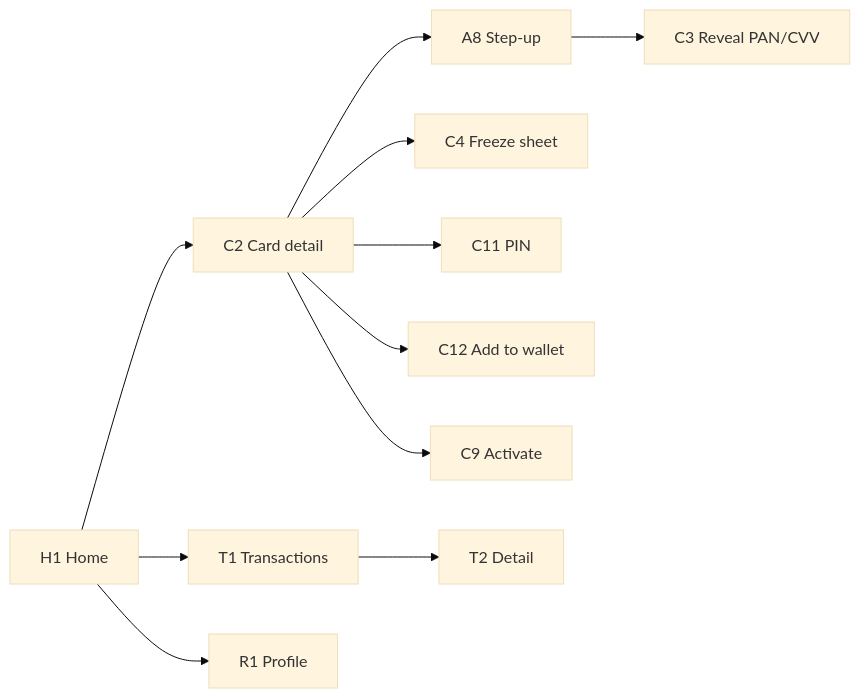
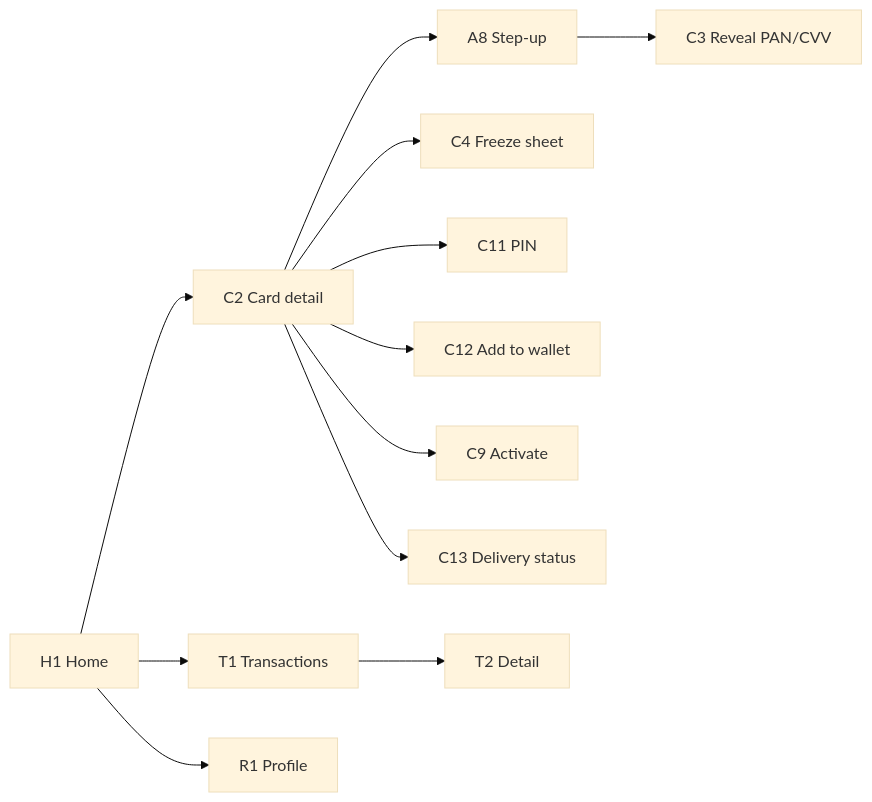
Before and after one commit to yr08ii/card-management-app: the fourth of 10 diagrams in docs/Screens-and-flows.md, drawn with Mermaid (base theme). The commit also changed other lines of this file and 1 other file, not shown here.

````diff
--- a/docs/Screens-and-flows.md
+++ b/docs/Screens-and-flows.md
@@ -195,11 +264,12 @@
 ```mermaid
 flowchart LR
     H1["H1 Home"] --> C2["C2 Card detail"]
     C2 --> A8["A8 Step-up"] --> C3["C3 Reveal PAN/CVV"]
     C2 --> C4["C4 Freeze sheet"]
     C2 --> C11["C11 PIN"]
     C2 --> C12["C12 Add to wallet"]
     C2 --> C9["C9 Activate"]
+    C2 --> C13["C13 Delivery status"]
     H1 --> T1["T1 Transactions"] --> T2["T2 Detail"]
     H1 --> R1["R1 Profile"]
 ```
````
